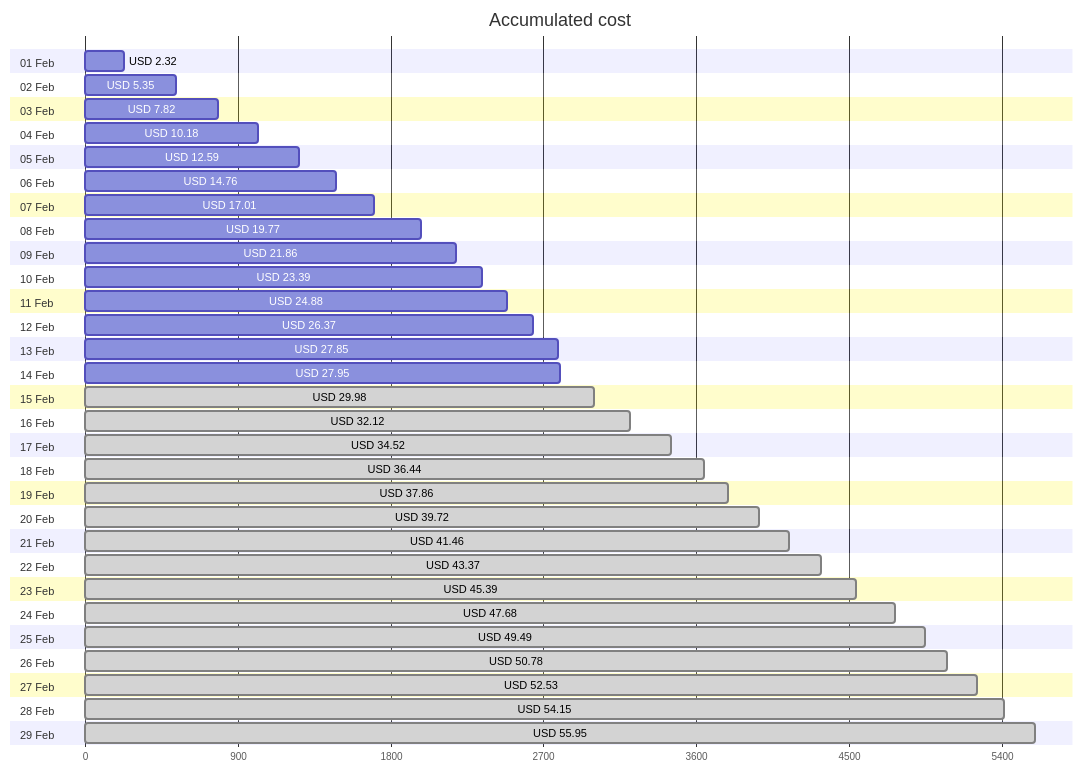
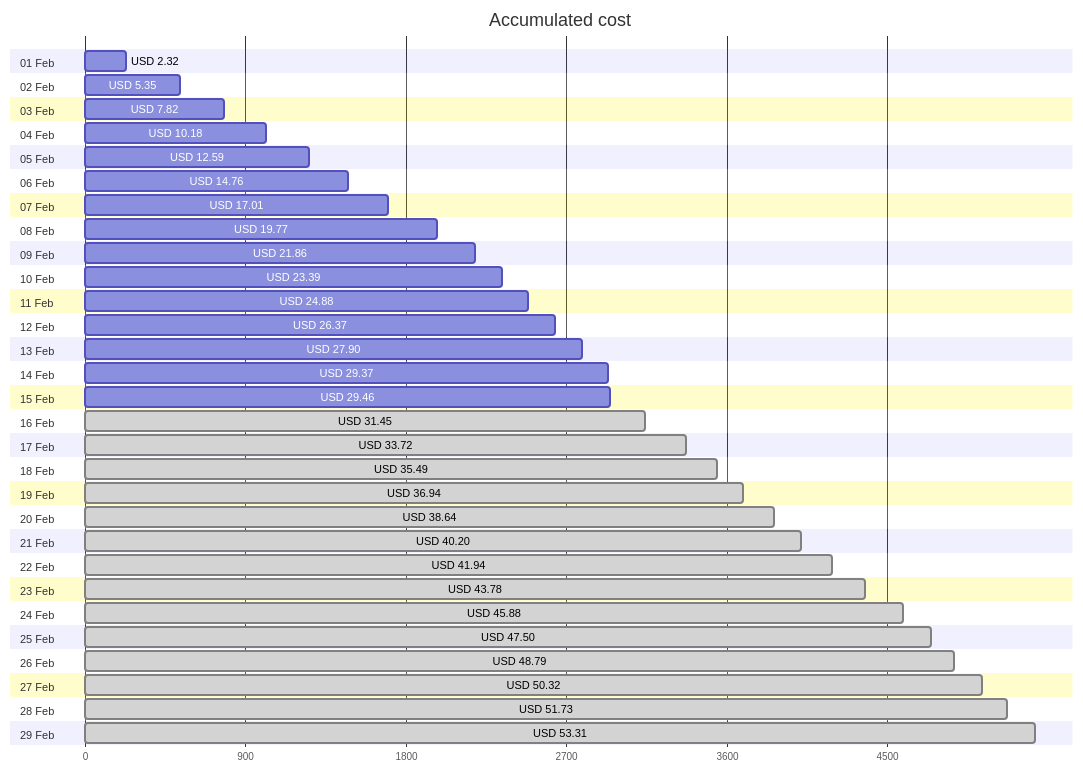
The first of 4 diagrams in cost-reports/personal-network/README.md (jpfulton/azure-personal-reports), drawn with Mermaid before and after one commit. The commit also changed other lines of this file and 8 other files, not shown here.

````diff
--- a/cost-reports/personal-network/README.md
+++ b/cost-reports/personal-network/README.md
@@ -20,64 +20,64 @@
 ```mermaid
 gantt
    title Accumulated cost
    dateFormat  X
    axisFormat %s
    section 01 Feb
    USD 2.32 :0, 232
    section 02 Feb
    USD 5.35 :0, 535
    section 03 Feb
    USD 7.82 :0, 782
    section 04 Feb
    USD 10.18 :0, 1018
    section 05 Feb
    USD 12.59 :0, 1259
    section 06 Feb
    USD 14.76 :0, 1476
    section 07 Feb
    USD 17.01 :0, 1701
    section 08 Feb
    USD 19.77 :0, 1977
    section 09 Feb
    USD 21.86 :0, 2186
    section 10 Feb
    USD 23.39 :0, 2339
    section 11 Feb
    USD 24.88 :0, 2488
    section 12 Feb
    USD 26.37 :0, 2637
    section 13 Feb
-   USD 27.85 :0, 2785
+   USD 27.90 :0, 2790
    section 14 Feb
-   USD 27.95 :0, 2795
+   USD 29.37 :0, 2937
    section 15 Feb
-   USD 29.98 : done, 0, 2998
+   USD 29.46 :0, 2946
    section 16 Feb
-   USD 32.12 : done, 0, 3212
+   USD 31.45 : done, 0, 3145
    section 17 Feb
-   USD 34.52 : done, 0, 3452
+   USD 33.72 : done, 0, 3372
    section 18 Feb
-   USD 36.44 : done, 0, 3644
+   USD 35.49 : done, 0, 3549
    section 19 Feb
-   USD 37.86 : done, 0, 3786
+   USD 36.94 : done, 0, 3694
    section 20 Feb
-   USD 39.72 : done, 0, 3972
+   USD 38.64 : done, 0, 3864
    section 21 Feb
-   USD 41.46 : done, 0, 4146
+   USD 40.20 : done, 0, 4020
    section 22 Feb
-   USD 43.37 : done, 0, 4337
+   USD 41.94 : done, 0, 4194
    section 23 Feb
-   USD 45.39 : done, 0, 4539
+   USD 43.78 : done, 0, 4378
    section 24 Feb
-   USD 47.68 : done, 0, 4768
+   USD 45.88 : done, 0, 4588
    section 25 Feb
-   USD 49.49 : done, 0, 4949
+   USD 47.50 : done, 0, 4750
    section 26 Feb
-   USD 50.78 : done, 0, 5078
+   USD 48.79 : done, 0, 4879
    section 27 Feb
-   USD 52.53 : done, 0, 5253
+   USD 50.32 : done, 0, 5032
    section 28 Feb
-   USD 54.15 : done, 0, 5415
+   USD 51.73 : done, 0, 5173
    section 29 Feb
-   USD 55.95 : done, 0, 5595
+   USD 53.31 : done, 0, 5331
 ```
````
